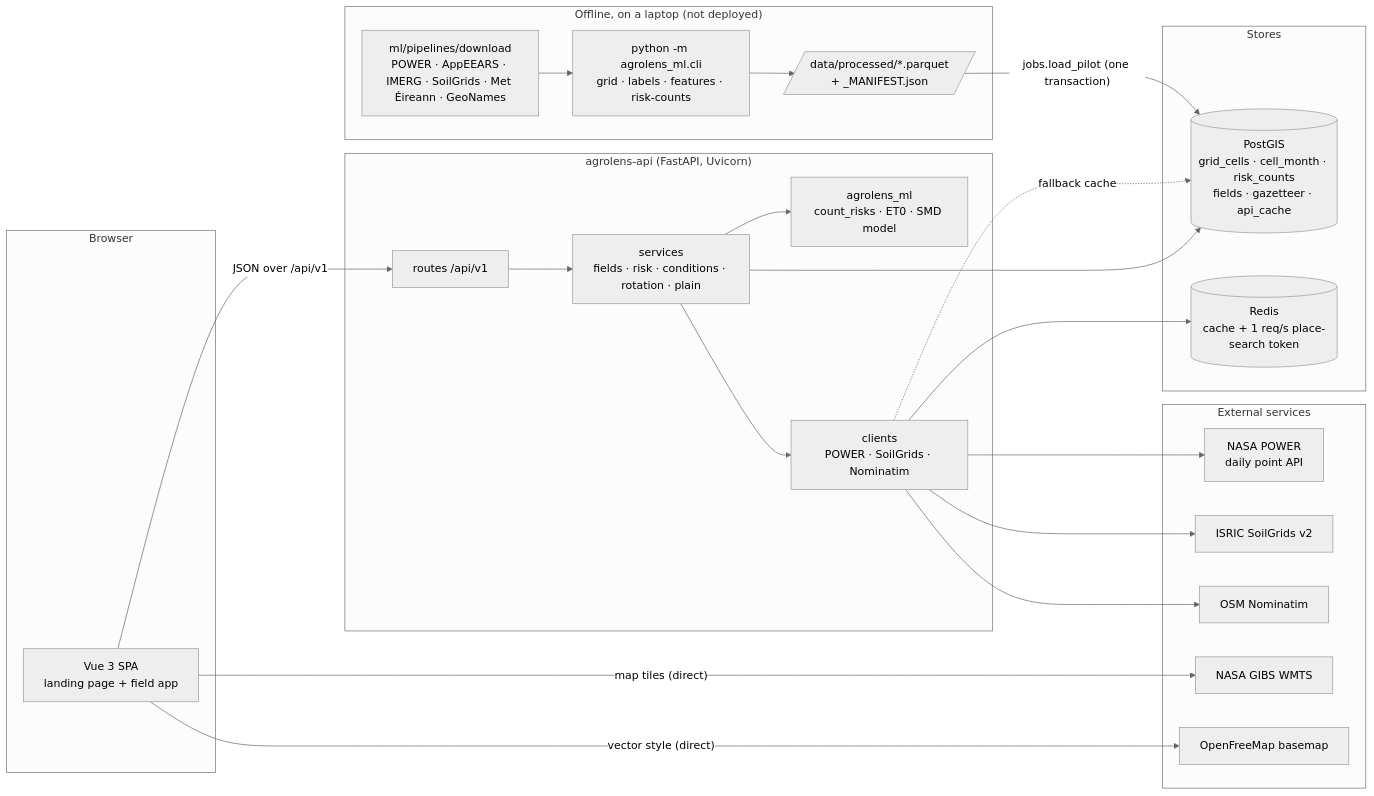
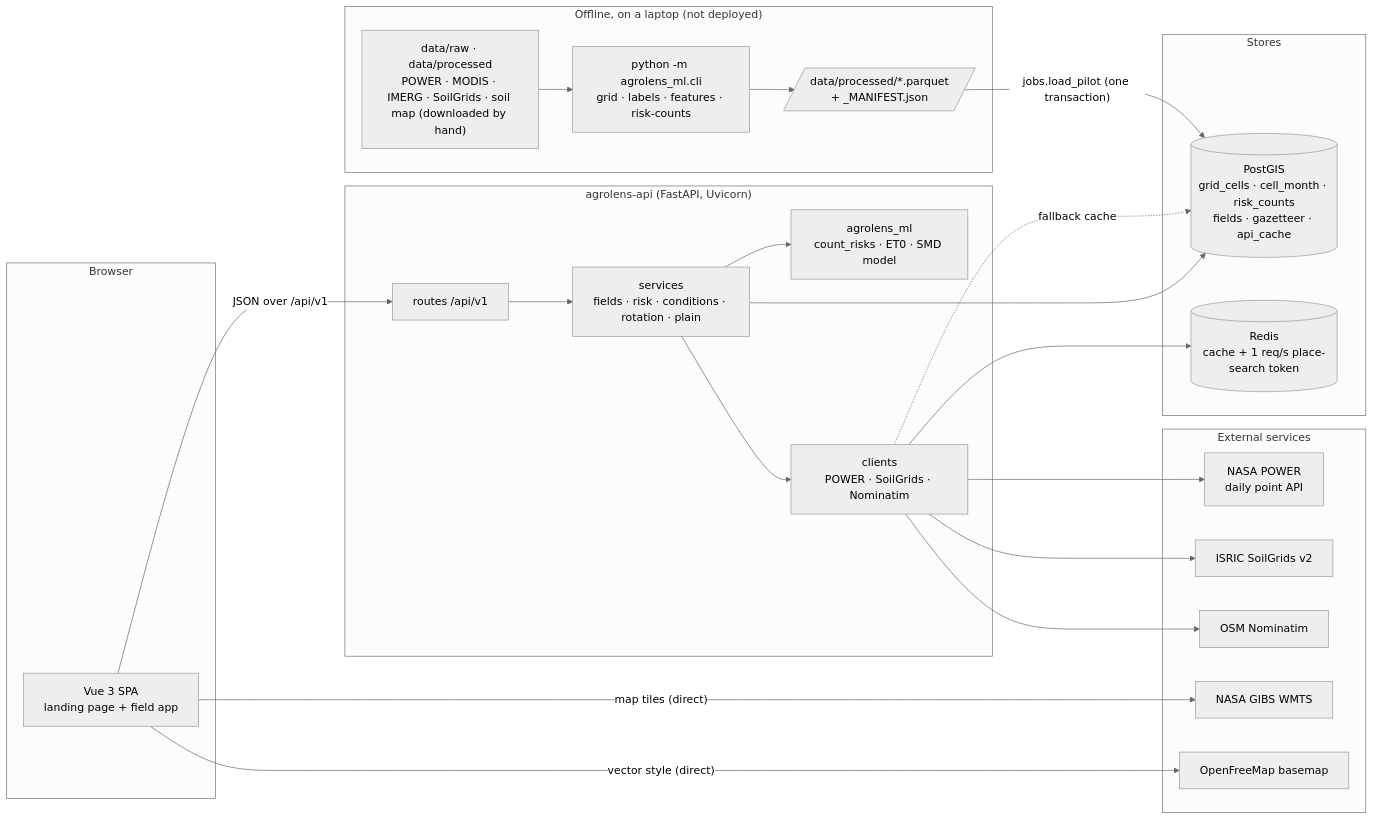
One commit to h0pers/nasa-hackathon-2026 changed the first of 3 diagrams in README.md. Above: the diagram before and after it, drawn with Mermaid (neutral theme). The commit also changed other lines of this file and 26 other files, not shown here.

First line of the commit message:
chore: remove the data download pipeline, add REFERENCES.md

````diff
--- a/README.md
+++ b/README.md
@@ -106,43 +106,43 @@
 ```mermaid
 flowchart LR
     subgraph Browser
         SPA["Vue 3 SPA<br/>landing page + field app"]
     end
 
     subgraph API["agrolens-api (FastAPI, Uvicorn)"]
         R["routes /api/v1"] --> S["services<br/>fields · risk · conditions · rotation · plain"]
         S --> ML["agrolens_ml<br/>count_risks · ET0 · SMD model"]
         S --> C["clients<br/>POWER · SoilGrids · Nominatim"]
     end
 
     subgraph Stores
         PG[("PostGIS<br/>grid_cells · cell_month · risk_counts<br/>fields · gazetteer · api_cache")]
         RD[("Redis<br/>cache + 1 req/s place-search token")]
     end
 
     subgraph External["External services"]
         POWER["NASA POWER<br/>daily point API"]
         SG["ISRIC SoilGrids v2"]
         OSM["OSM Nominatim"]
         GIBS["NASA GIBS WMTS"]
         OFM["OpenFreeMap basemap"]
     end
 
     SPA -- "JSON over /api/v1" --> R
     SPA -- "map tiles (direct)" --> GIBS
     SPA -- "vector style (direct)" --> OFM
     S --> PG
     C --> RD
     C -. "fallback cache" .-> PG
     C --> POWER
     C --> SG
     C --> OSM
 
     subgraph Offline["Offline, on a laptop (not deployed)"]
-        DL["ml/pipelines/download<br/>POWER · AppEEARS · IMERG · SoilGrids · Met Éireann · GeoNames"]
+        DL["data/raw · data/processed<br/>POWER · MODIS · IMERG · SoilGrids · soil map (downloaded by hand)"]
         CLI["python -m agrolens_ml.cli<br/>grid · labels · features · risk-counts"]
         PQ[/"data/processed/*.parquet<br/>+ _MANIFEST.json"/]
         DL --> CLI --> PQ
     end
     PQ -- "jobs.load_pilot (one transaction)" --> PG
 ```
````
